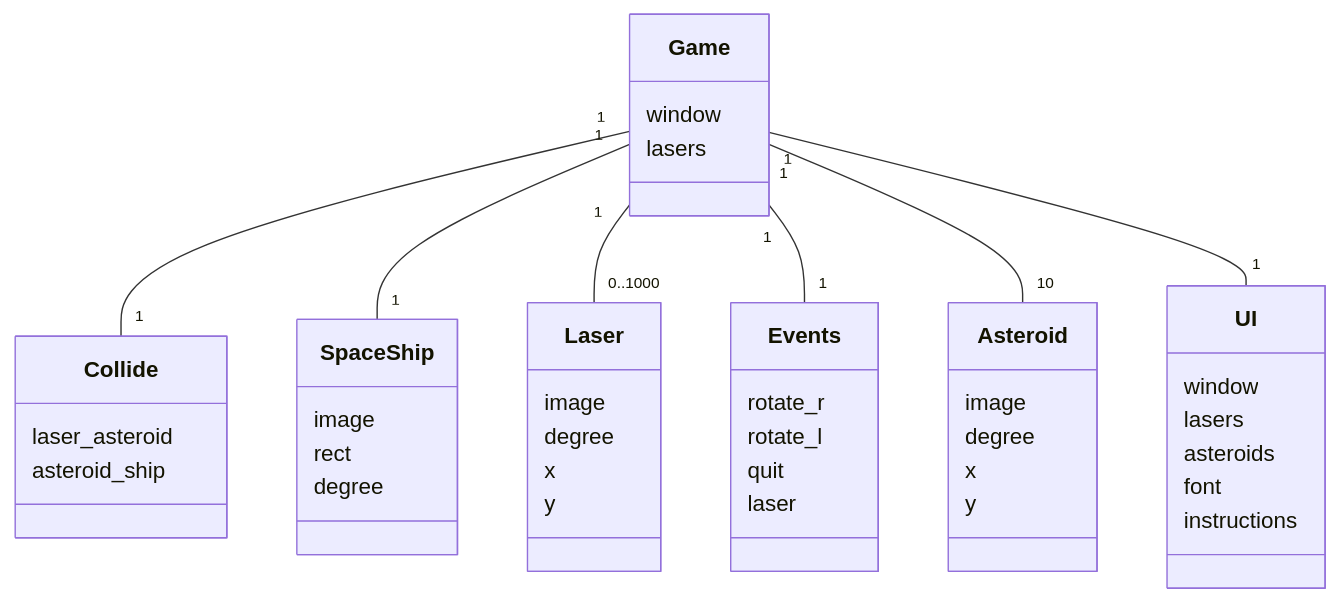
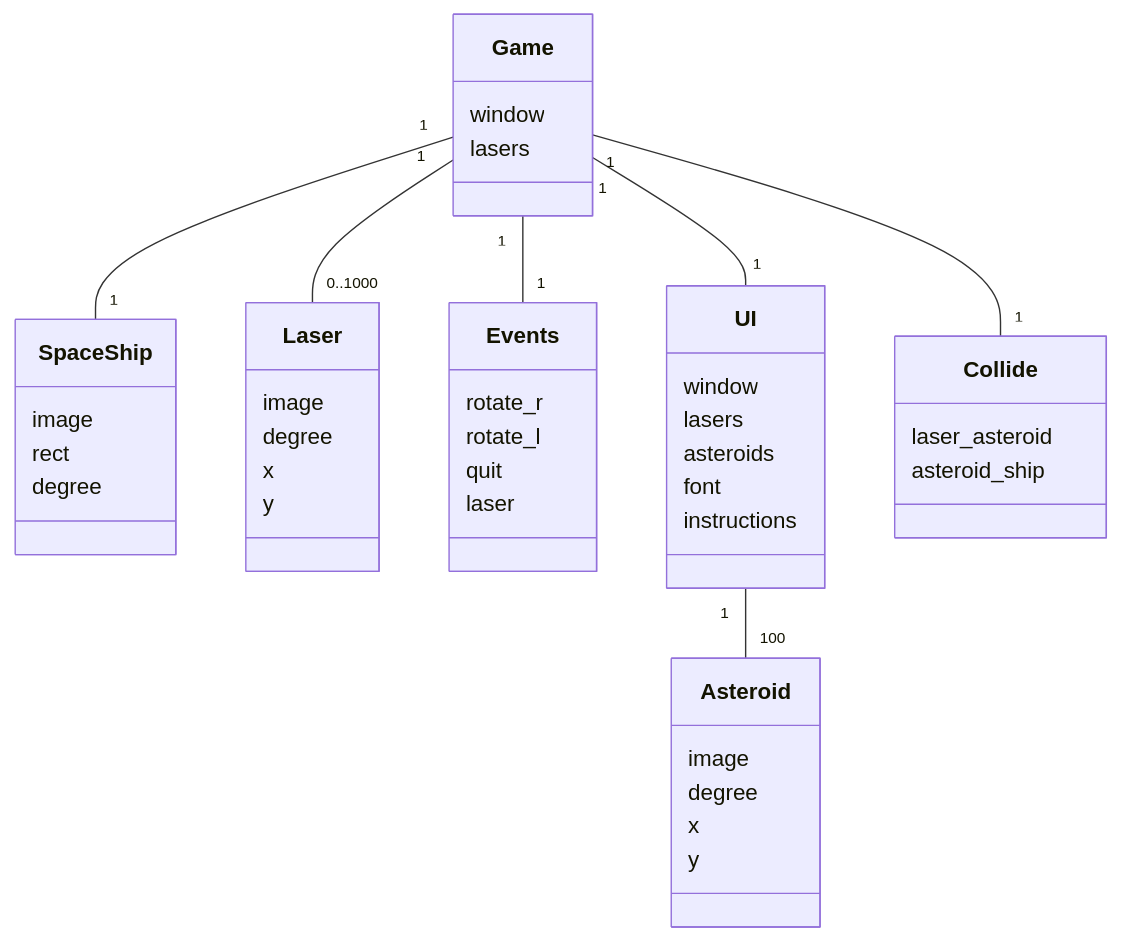
One commit to olgahuusari/ot-harjoitustyo changed the diagram in dokumentaatio/arkkitehtuuri.md. Above: the diagram before and after it, drawn with Mermaid.

````diff
--- a/dokumentaatio/arkkitehtuuri.md
+++ b/dokumentaatio/arkkitehtuuri.md
@@ -5,49 +5,49 @@
 ```mermaid
     classDiagram
     class Game{
         window
         lasers
     }
     class SpaceShip{
         image
         rect
         degree
     }
     class Laser{
         image
         degree
         x
         y
     }
     class Events{
         rotate_r
         rotate_l
         quit
         laser
     }
     class UI{
         window
         lasers
         asteroids
         font
         instructions
     }
     class Asteroid{
         image
         degree
         x
         y
     }
     class Collide{
         laser_asteroid
         asteroid_ship
     }
 
     Game "1" -- "1" Collide
     Game "1" -- "1" SpaceShip
     Game "1" -- "0..1000" Laser
     Game "1" --"1" Events
-    Game "1" --"10" Asteroid
+    UI "1" --"100" Asteroid
     Game "1" --"1" UI
 
 ```
````
